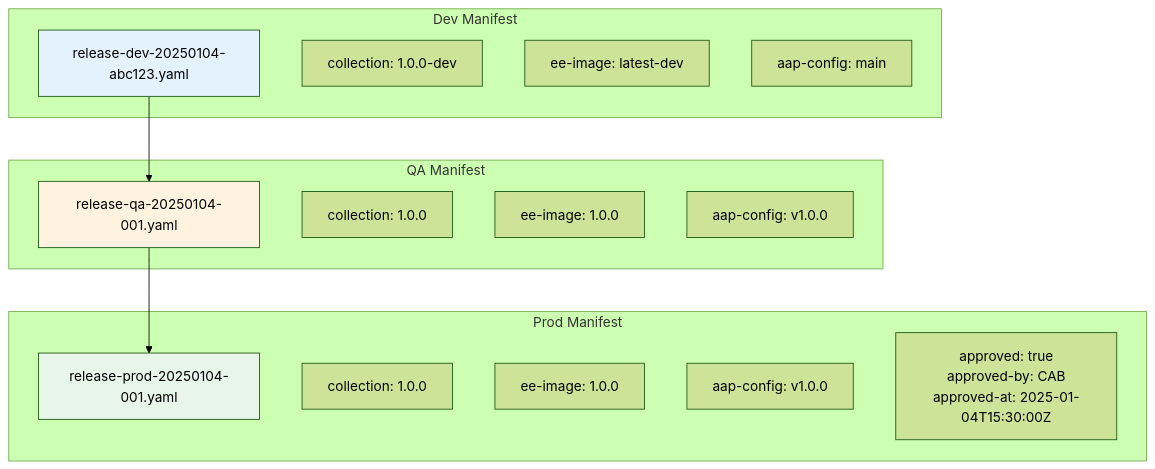
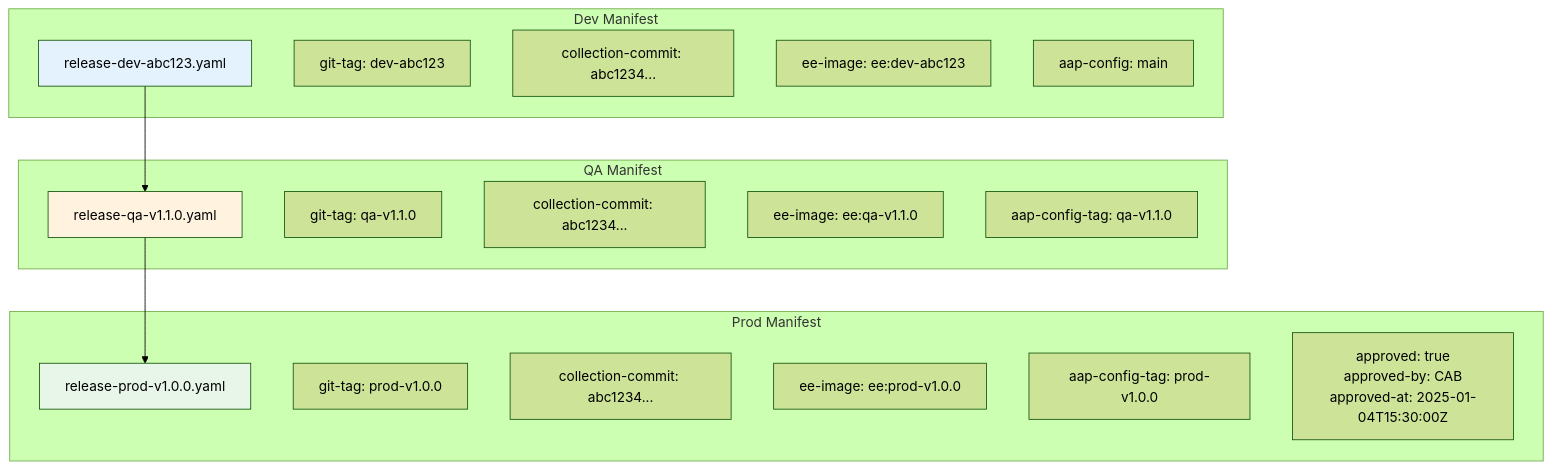
The third of 17 diagrams in docs/diagrams/PROMOTION-FLOW.md (djdanielsson/rh1-docs), drawn with Mermaid (forest theme) before and after one commit. The commit also changed other lines of this file and 8 other files, not shown here.

````diff
--- a/docs/diagrams/PROMOTION-FLOW.md
+++ b/docs/diagrams/PROMOTION-FLOW.md
@@ -105,31 +162,34 @@
 ```mermaid
 graph TB
     subgraph "Dev Manifest"
-        DEV_M["release-dev-20250104-abc123.yaml"]
-        DEV_COL["collection: 1.0.0-dev"]
-        DEV_EE["ee-image: latest-dev"]
+        DEV_M["release-dev-abc123.yaml"]
+        DEV_TAG["git-tag: dev-abc123"]
+        DEV_COL["collection-commit: abc1234..."]
+        DEV_EE["ee-image: ee:dev-abc123"]
         DEV_AAP["aap-config: main"]
     end
 
     subgraph "QA Manifest"
-        QA_M["release-qa-20250104-001.yaml"]
-        QA_COL["collection: 1.0.0"]
-        QA_EE["ee-image: 1.0.0"]
-        QA_AAP["aap-config: v1.0.0"]
+        QA_M["release-qa-v1.1.0.yaml"]
+        QA_TAG["git-tag: qa-v1.1.0"]
+        QA_COL["collection-commit: abc1234..."]
+        QA_EE["ee-image: ee:qa-v1.1.0"]
+        QA_AAP["aap-config-tag: qa-v1.1.0"]
     end
 
     subgraph "Prod Manifest"
-        PROD_M["release-prod-20250104-001.yaml"]
-        PROD_COL["collection: 1.0.0"]
-        PROD_EE["ee-image: 1.0.0"]
-        PROD_AAP["aap-config: v1.0.0"]
+        PROD_M["release-prod-v1.0.0.yaml"]
+        PROD_TAG["git-tag: prod-v1.0.0"]
+        PROD_COL["collection-commit: abc1234..."]
+        PROD_EE["ee-image: ee:prod-v1.0.0"]
+        PROD_AAP["aap-config-tag: prod-v1.0.0"]
         PROD_APPROVED["approved: true<br/>approved-by: CAB<br/>approved-at: 2025-01-04T15:30:00Z"]
     end
 
     DEV_M --> QA_M
     QA_M --> PROD_M
 
     style DEV_M fill:#e3f2fd
     style QA_M fill:#fff3e0
     style PROD_M fill:#e8f5e9
 ```
````
